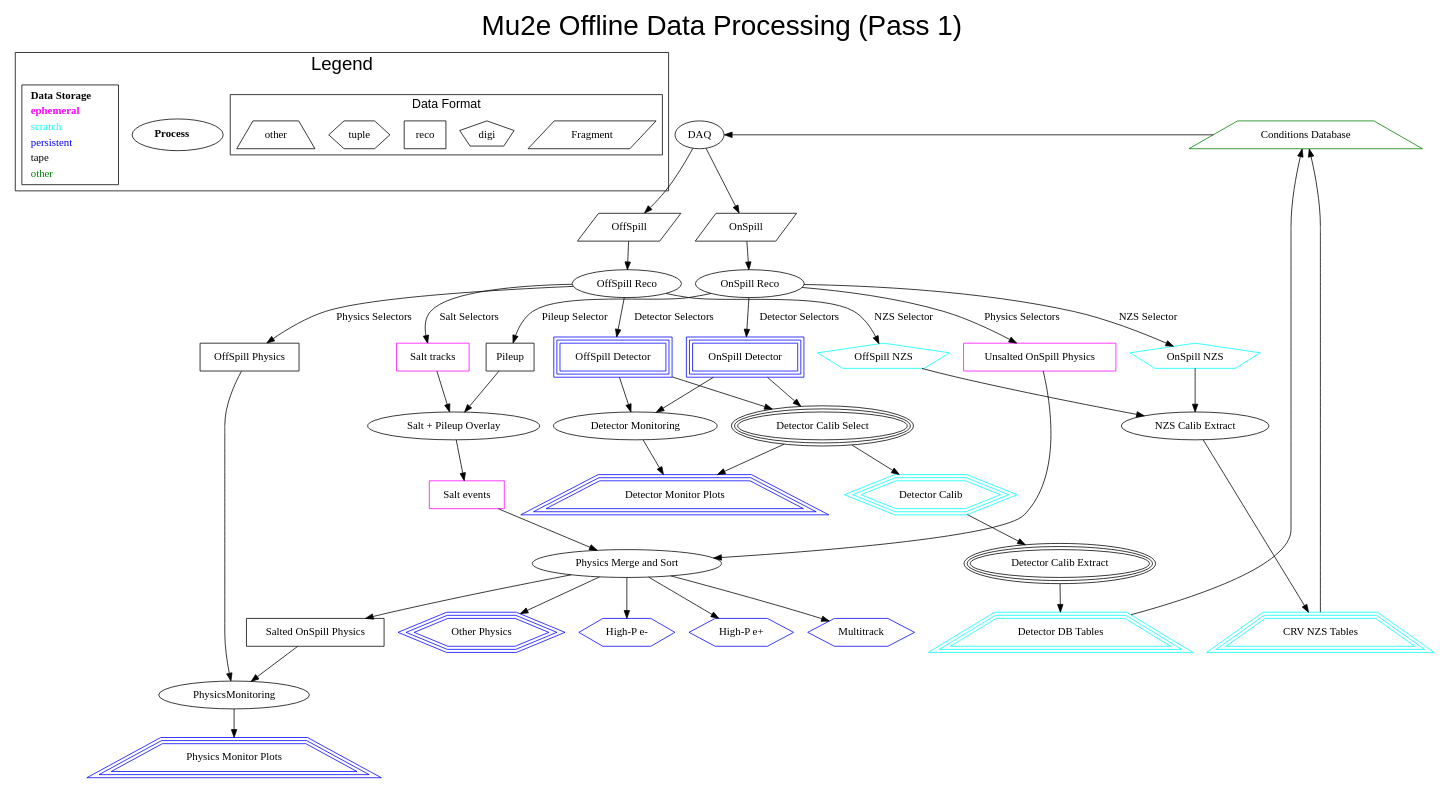
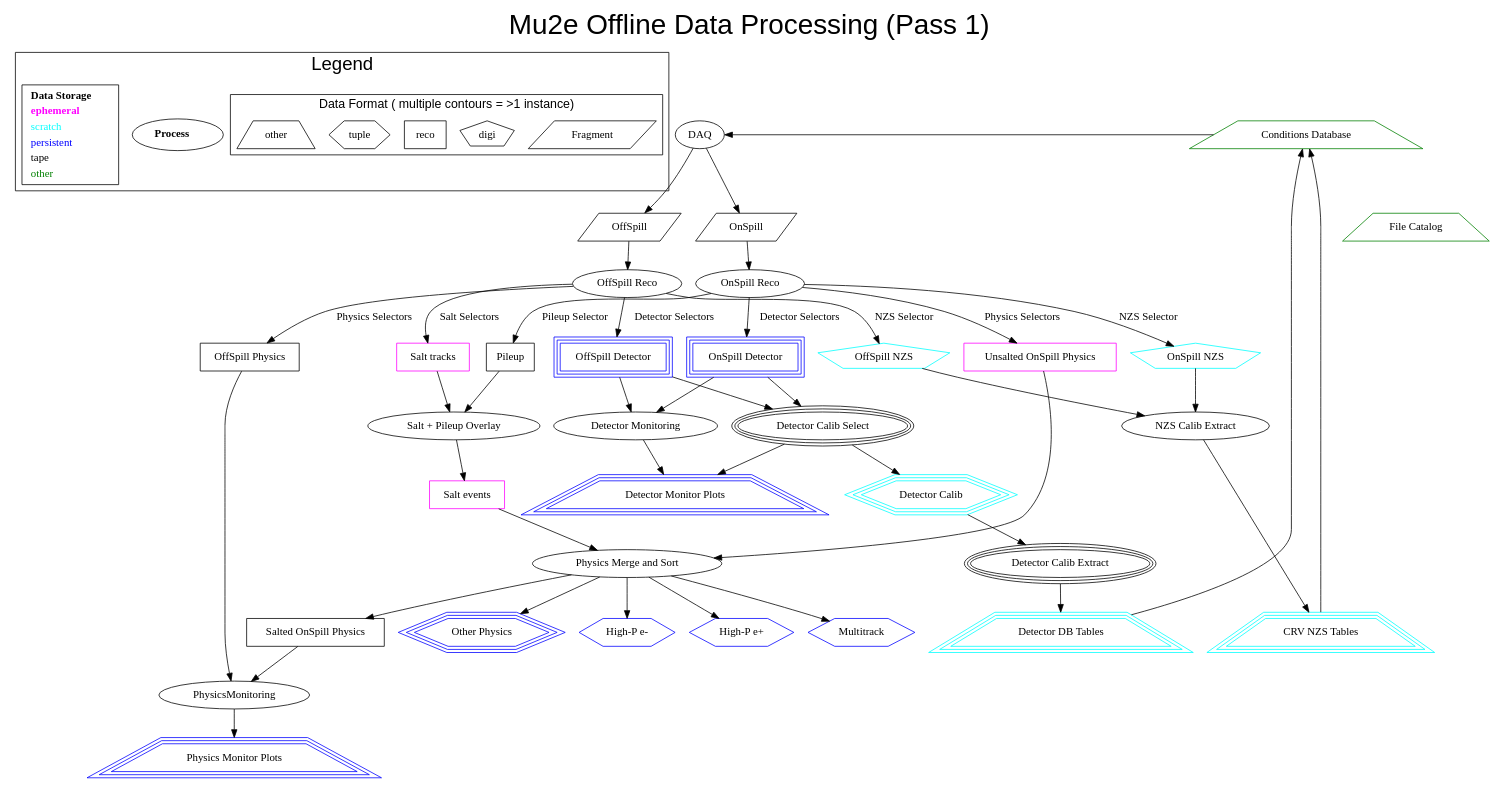
The diagram in JobConfig/doc/pass1.dot (sophiemiddleton/Production), drawn with Graphviz before and after one commit. The commit also changed 2 other files, not shown here.

```diff
--- a/JobConfig/doc/pass1.dot
+++ b/JobConfig/doc/pass1.dot
@@ -8,6 +8,7 @@
     color="black";
     label="Legend";
     fontsize="24";
+
 
     process [shape=ellipse,color=black,
             label=<<table border="0" cellborder="0" cellspacing="1">
@@ -22,16 +23,17 @@
               <tr><td align="left"><font color="black">tape</font></td></tr>
               <tr><td align="left"><font color="green">other</font></td></tr>
               </table>>];
-    subgraph clustertype {
-      label="Data Format";
+
+   subgraph clustertype {
+      label="Data Format ( multiple contours = >1 instance)";
       fontsize=16;
       raw [shape=parallelogram, label="Fragment" ];
       digi [shape=pentagon, lable="Reco" ];
       reco [shape=box, lable="Reco" ];
       tuple [shape=hexagon, lable="Tuple" ];
       other [shape=trapezium, lable="Other" ];
+      {rank=same raw digi reco tuple other};
     }
-
   }
 
   DAQ [
@@ -44,6 +46,10 @@
   ConditionsDB -> DAQ [constraint=false];
   {rank=same ConditionsDB DAQ};
 
+  Catalog[ label="File Catalog",
+               shape=trapezium, color=green
+  ];
+
   // primary inputs, from DAQ
   OffSpillFragments [
     label="OffSpill",
@@ -55,6 +61,7 @@
   ]
   DAQ->OffSpillFragments
   DAQ->OnSpillFragments
+  {rank=same OffSpillFragments OnSpillFragments Catalog};
   // temporary on-disk samples
   //  - ephemeral collections, e.g. salt
   //  - accumulating collections, e.g. reconstructed signal-likes
```
